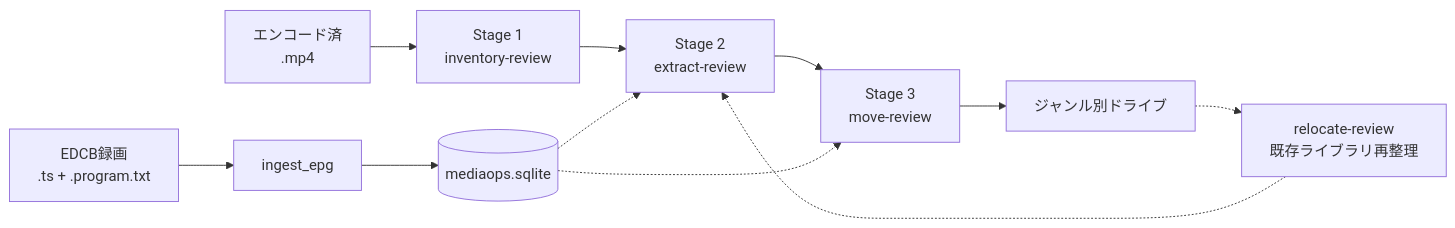
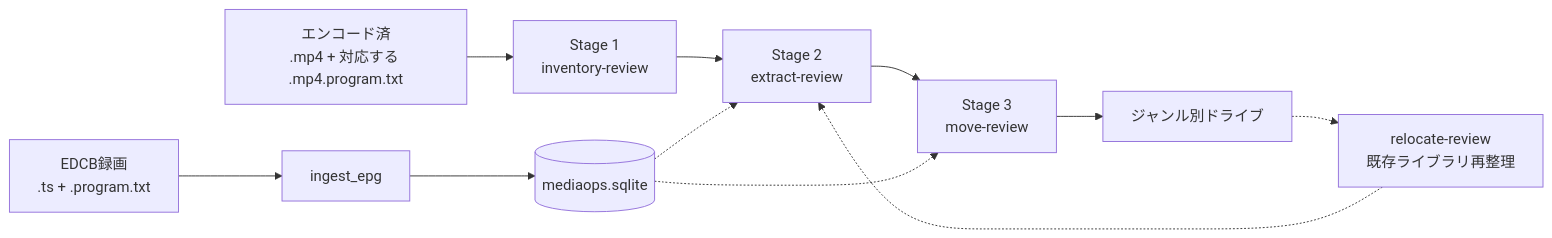
One commit to NEXTAltair/video-library-pipeline changed the diagram in README.md. Above: the diagram before and after it, drawn with Mermaid. The commit also changed other lines of this file and 2 other files, not shown here.

Commit message:
Prefer paired EDCB program info for metadata
* fix: prefer paired MP4 program metadata

* Prefer paired EDCB program info for metadata

OpenClaw-Publication: 3bb2a773-2638-80fb-8893-8e918e229d58

---------

````diff
--- a/README.md
+++ b/README.md
@@ -50,18 +50,18 @@
 ```mermaid
 flowchart LR
     TS["EDCB録画<br>.ts + .program.txt"]
-    MP4["エンコード済<br>.mp4"]
+    MP4["エンコード済<br>.mp4 + 対応する .mp4.program.txt"]
     EPG["ingest_epg"]
     S1["Stage 1<br>inventory-review"]
     S2["Stage 2<br>extract-review"]
     S3["Stage 3<br>move-review"]
     DB[("mediaops.sqlite")]
     DST["ジャンル別ドライブ"]
     RELOC["relocate-review<br>既存ライブラリ再整理"]
 
     TS --> EPG --> DB
     MP4 --> S1 --> S2 --> S3 --> DST
     DB -.-> S2
     DB -.-> S3
     DST -.-> RELOC -.-> S2
 ```
````
